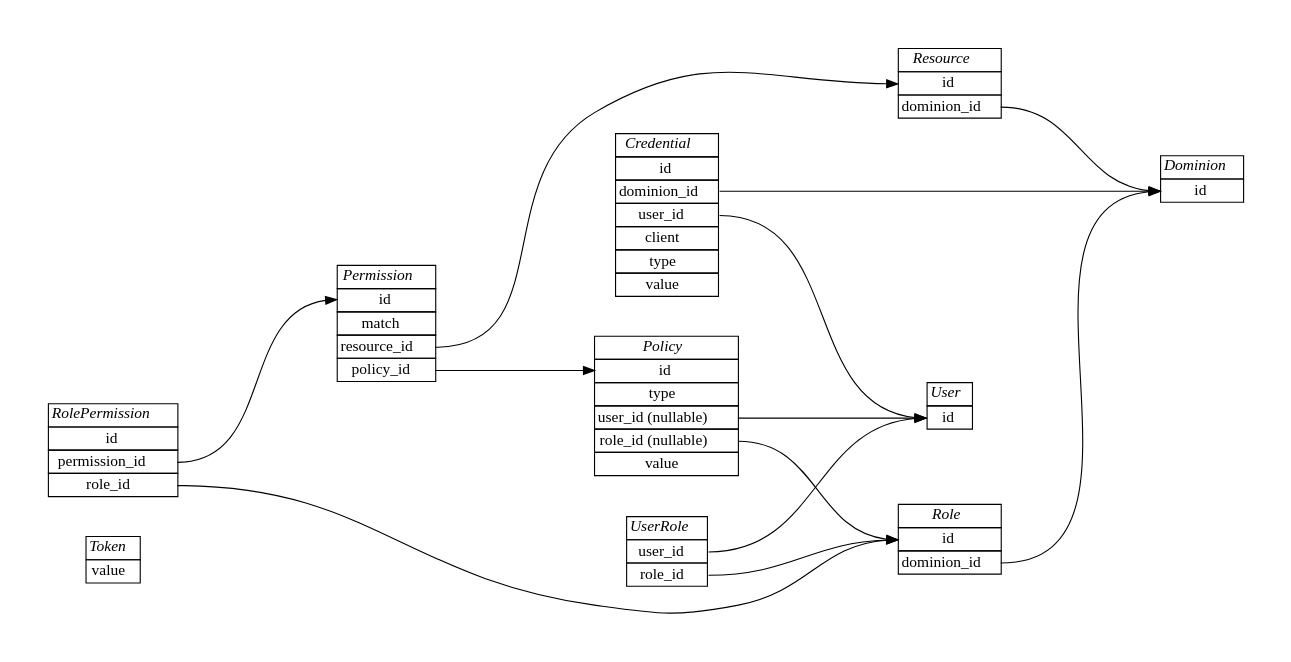
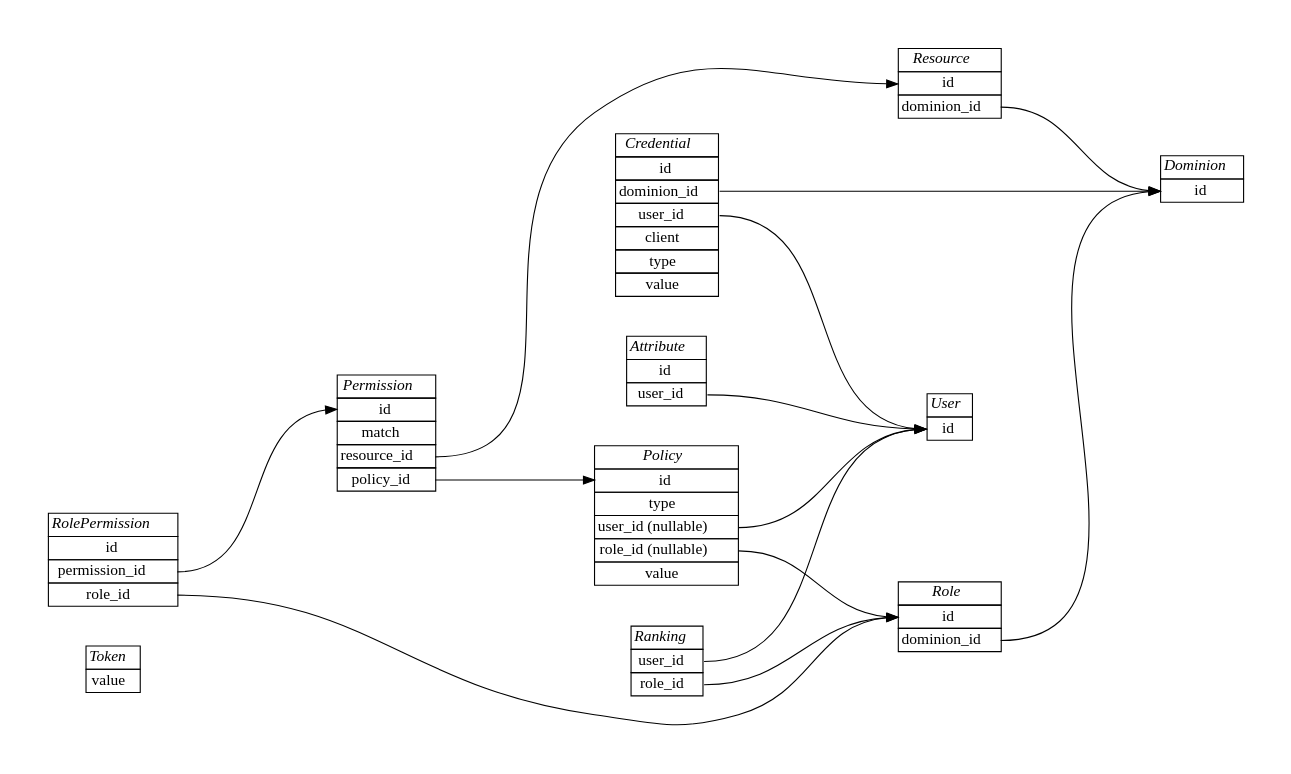
The diagram in docs/architecture/domain.rst (knowark/authark), drawn with Graphviz before and after one commit. The commit also changed other lines of this file, not shown here.

Commit message:
Add attributes to documentation

```diff
--- a/docs/architecture/domain.rst
+++ b/docs/architecture/domain.rst
@@ -24,10 +24,17 @@
     <tr><td><i>User</i></td></tr>
     <tr><td port="id">id</td></tr>
     </table>>];
+    
+    Attribute [label=<
+    <table border="0" cellborder="1" cellspacing="0">
+    <tr><td><i>Attribute</i></td></tr>
+    <tr><td port="id">id</td></tr>
+    <tr><td port="user_id">user_id</td></tr>
+    </table>>];
 
-    UserRole [label=<
+    Ranking [label=<
     <table border="0" cellborder="1" cellspacing="0">
-    <tr><td><i>UserRole</i></td></tr>
+    <tr><td><i>Ranking</i></td></tr>
     <tr><td port="user_id">user_id</td></tr>
     <tr><td port="role_id">role_id</td></tr>
     </table>>];
@@ -90,9 +97,9 @@
     <tr><td port="role_id">role_id</td></tr> 
     </table>>];
 
-
-    UserRole:user_id -> User:id;
-    UserRole:role_id -> Role:id;
+    Attribute:user_id -> User:id;
+    Ranking:user_id -> User:id;
+    Ranking:role_id -> Role:id;
     Credential:dominion_id ->  Dominion:id;
     Credential:user_id -> User:id;
     Role:dominion_id -> Dominion:id;
```
